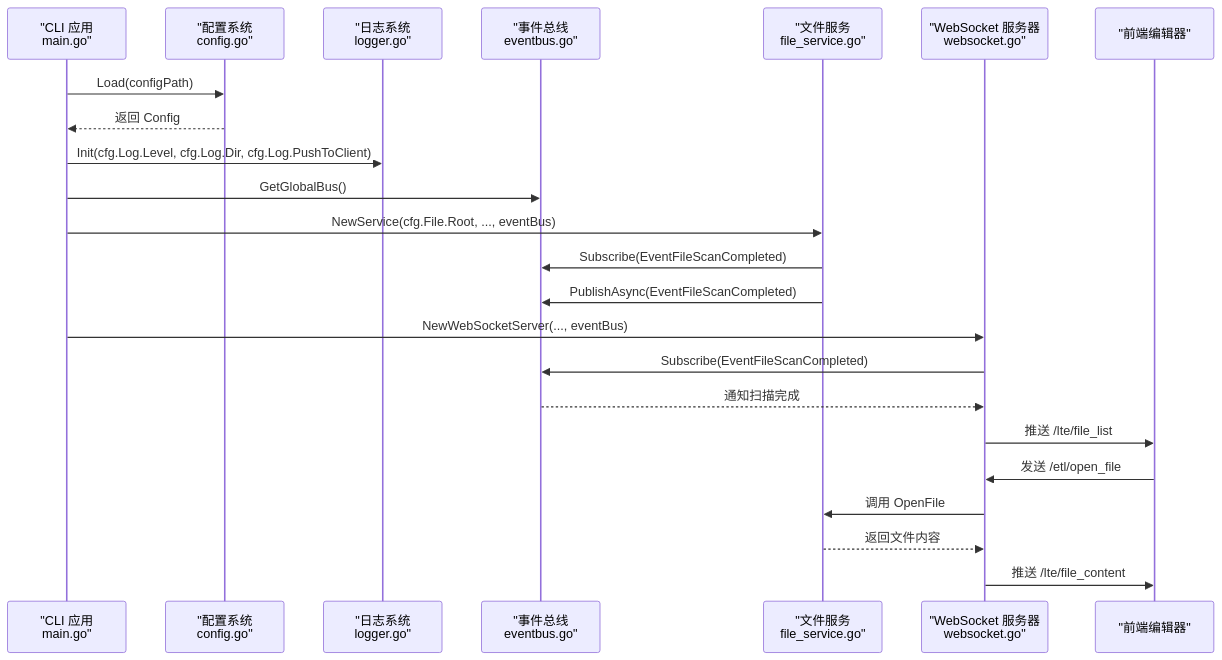
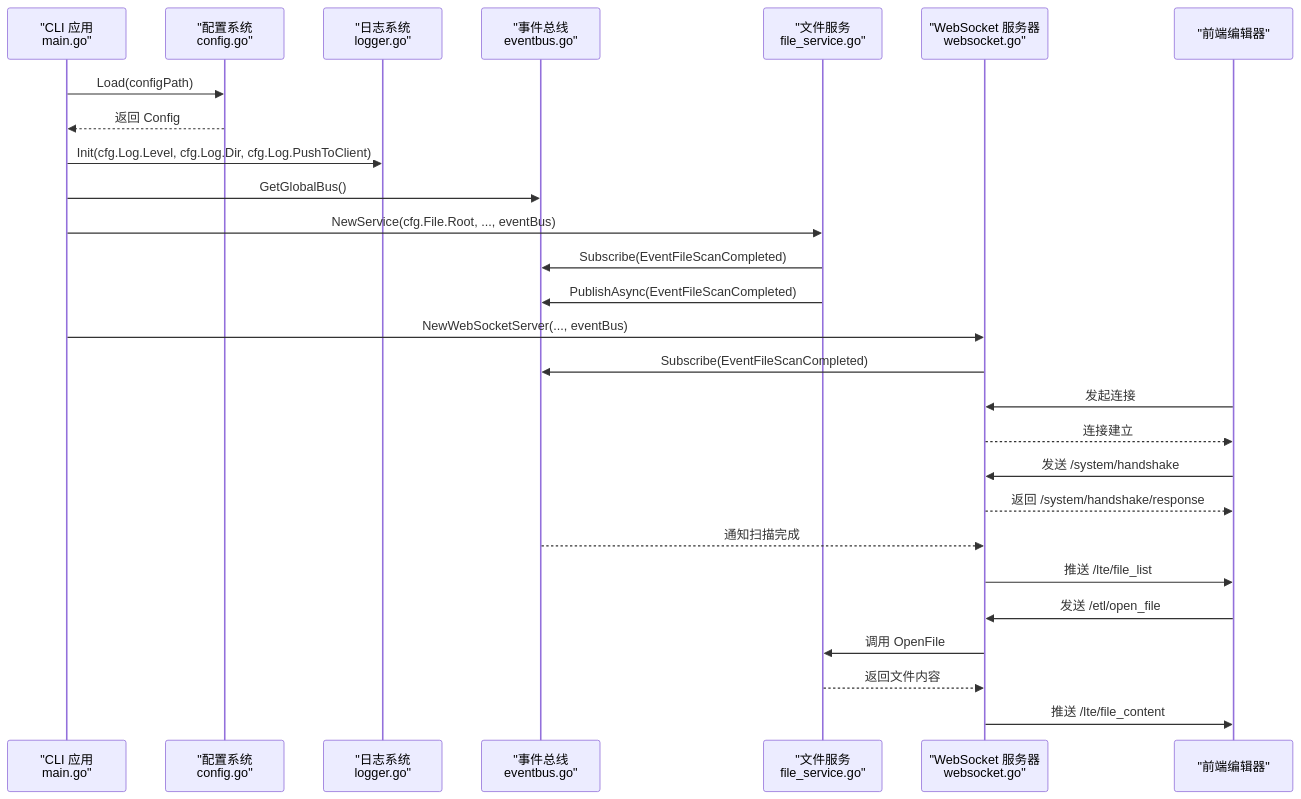
Before and after one commit to kqcoxn/MaaPipelineEditor: the second of 5 diagrams in .qoder/repowiki/zh/content/开发者指南/LocalBridge 通信协议.md, drawn with Mermaid. The commit also changed other lines of this file and 5 other files, not shown here.

````diff
--- a/.qoder/repowiki/zh/content/开发者指南/LocalBridge 通信协议.md
+++ b/.qoder/repowiki/zh/content/开发者指南/LocalBridge 通信协议.md
@@ -152,25 +155,29 @@
 ```mermaid
 sequenceDiagram
 participant CLI as "CLI 应用<br/>main.go"
 participant CONF as "配置系统<br/>config.go"
 participant LOG as "日志系统<br/>logger.go"
 participant EVENT as "事件总线<br/>eventbus.go"
 participant FILE as "文件服务<br/>file_service.go"
 participant WS as "WebSocket 服务器<br/>websocket.go"
 participant MPE as "前端编辑器"
 CLI->>CONF : Load(configPath)
 CONF-->>CLI : 返回 Config
 CLI->>LOG : Init(cfg.Log.Level, cfg.Log.Dir, cfg.Log.PushToClient)
 CLI->>EVENT : GetGlobalBus()
 CLI->>FILE : NewService(cfg.File.Root, ..., eventBus)
 FILE->>EVENT : Subscribe(EventFileScanCompleted)
 FILE->>EVENT : PublishAsync(EventFileScanCompleted)
 CLI->>WS : NewWebSocketServer(..., eventBus)
 WS->>EVENT : Subscribe(EventFileScanCompleted)
+MPE->>WS : 发起连接
+WS-->>MPE : 连接建立
+MPE->>WS : 发送 /system/handshake
+WS-->>MPE : 返回 /system/handshake/response
 EVENT-->>WS : 通知扫描完成
 WS->>MPE : 推送 /lte/file_list
 MPE->>WS : 发送 /etl/open_file
 WS->>FILE : 调用 OpenFile
 FILE-->>WS : 返回文件内容
 WS->>MPE : 推送 /lte/file_content
 ```
````
